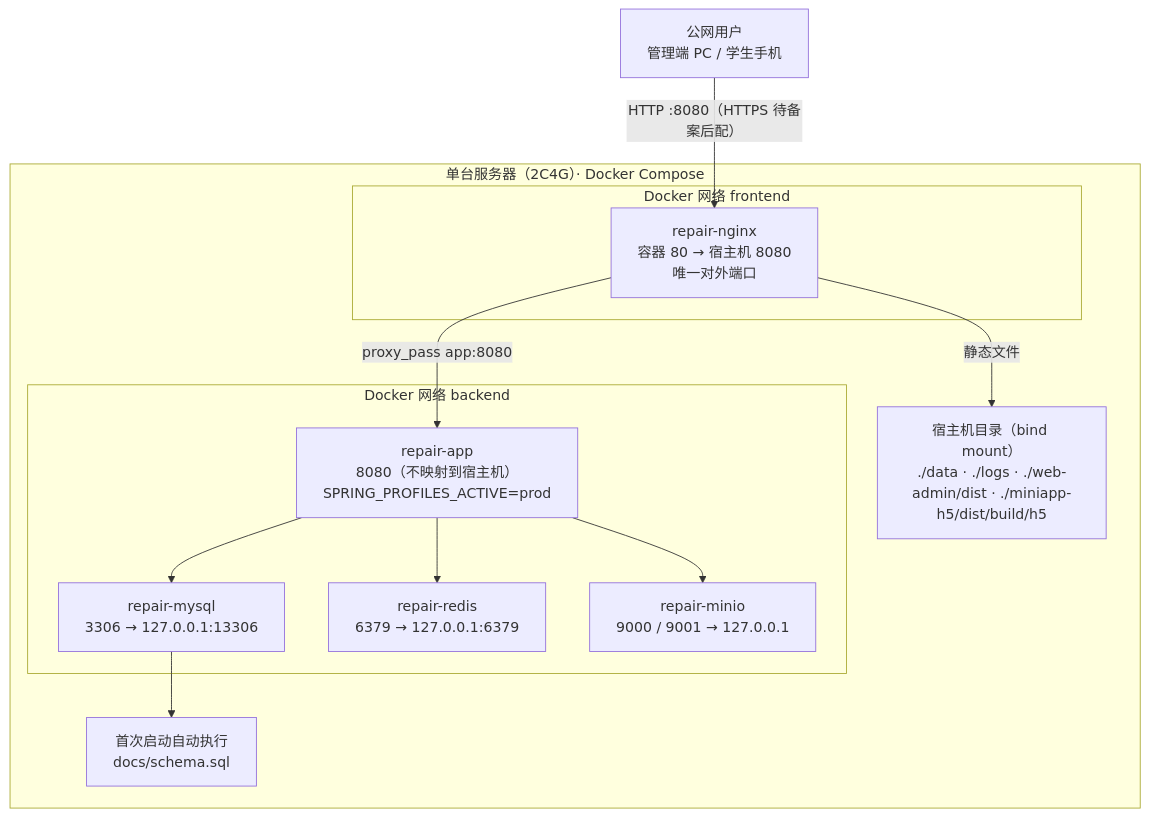
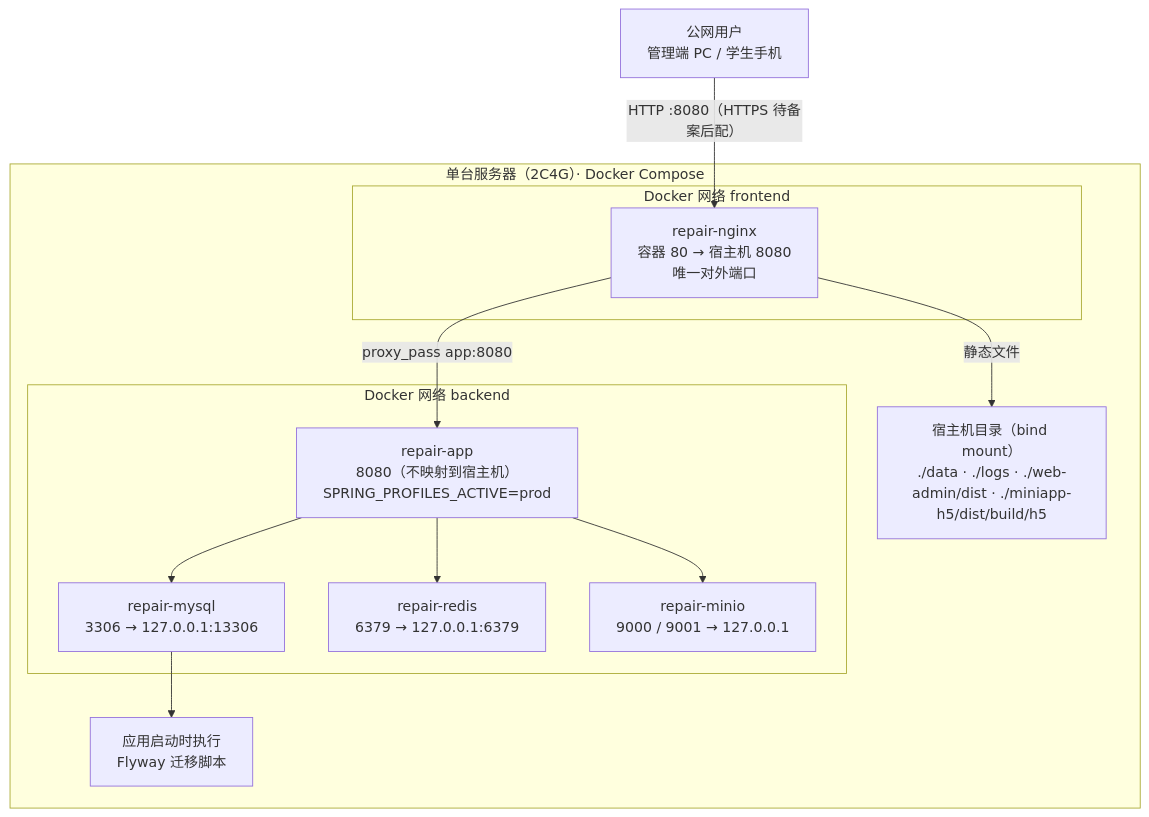
Before and after one commit to bluemalic/repair-platform: the third of 10 diagrams in docs/06-架构图.md, drawn with Mermaid. The commit also changed other lines of this file and 16 other files, not shown here.

First line of the commit message:
feat(db): 表结构交给 Flyway 管，docs/schema.sql 退役（ADR-010）

````diff
--- a/docs/06-架构图.md
+++ b/docs/06-架构图.md
@@ -144,28 +144,28 @@
 ```mermaid
 flowchart TB
     user["公网用户<br/>管理端 PC / 学生手机"]
 
     subgraph host["单台服务器（2C4G）· Docker Compose"]
         subgraph netFront["Docker 网络 frontend"]
             ngx["repair-nginx<br/>容器 80 → 宿主机 8080<br/>唯一对外端口"]
         end
 
         subgraph netBack["Docker 网络 backend"]
             appC["repair-app<br/>8080（不映射到宿主机）<br/>SPRING_PROFILES_ACTIVE=prod"]
             mysqlC["repair-mysql<br/>3306 → 127.0.0.1:13306"]
             redisC["repair-redis<br/>6379 → 127.0.0.1:6379"]
             minioC["repair-minio<br/>9000 / 9001 → 127.0.0.1"]
         end
 
         vol["宿主机目录（bind mount）<br/>./data · ./logs · ./web-admin/dist · ./miniapp-h5/dist/build/h5"]
-        init["首次启动自动执行<br/>docs/schema.sql"]
+        init["应用启动时执行<br/>Flyway 迁移脚本"]
     end
 
     user -->|"HTTP :8080（HTTPS 待备案后配）"| ngx
     ngx -->|"静态文件"| vol
     ngx -->|"proxy_pass app:8080"| appC
     appC --> mysqlC
     appC --> redisC
     appC --> minioC
     mysqlC --> init
 ```
````
